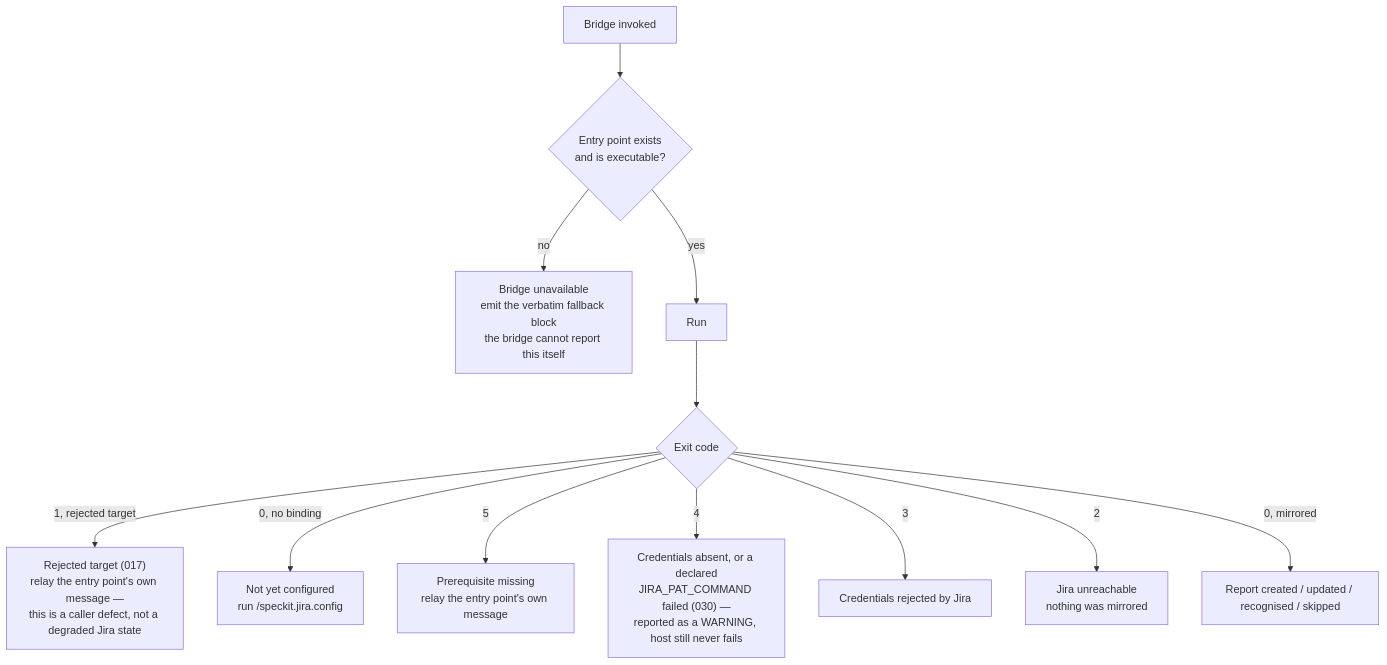
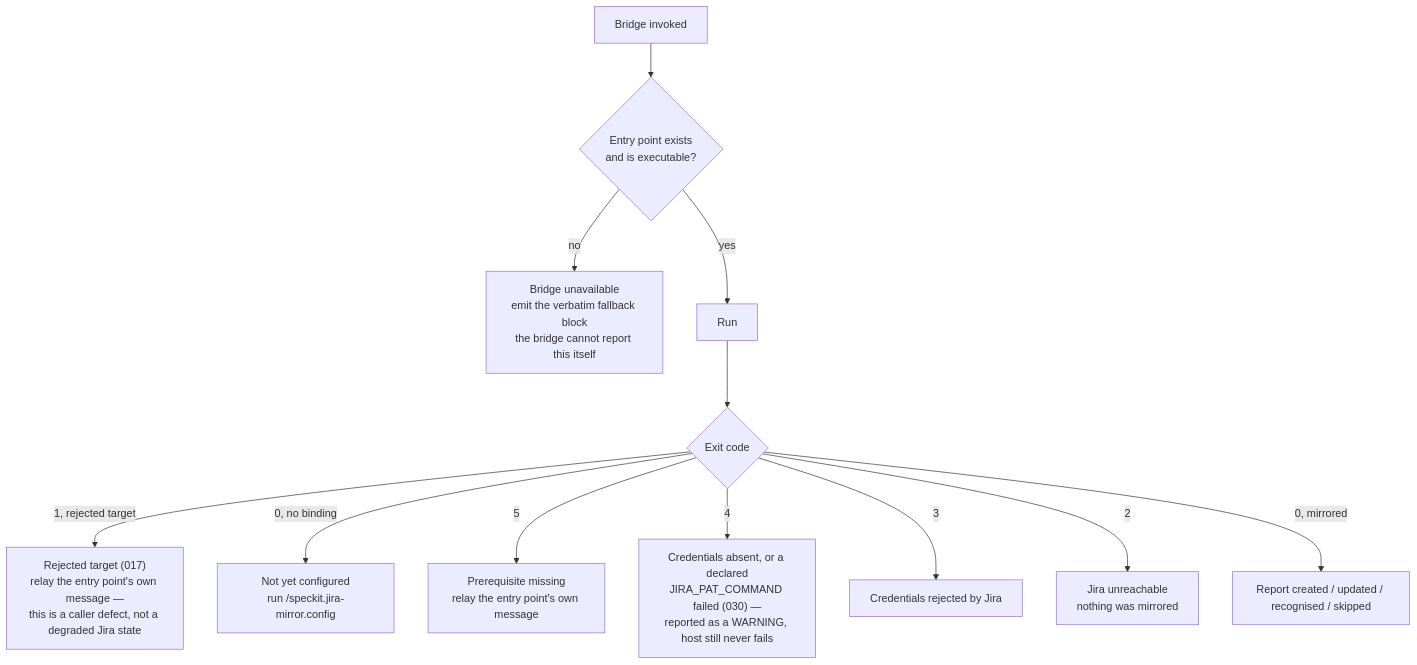
One commit to Fyloss/spec-kit-jira changed the fourth of 5 diagrams in docs/03-lifecycle-hooks.md. Above: the diagram before and after it, drawn with Mermaid. The commit also changed other lines of this file and 104 other files, not shown here.

First line of the commit message:
feat!: rename the extension id, commands, and repository to jira-mirror (#57)

````diff
--- a/docs/03-lifecycle-hooks.md
+++ b/docs/03-lifecycle-hooks.md
@@ -122,15 +122,15 @@
 ```mermaid
 flowchart TD
     Start["Bridge invoked"] --> Exists{"Entry point exists<br/>and is executable?"}
     Exists -->|"no"| Cause7["Bridge unavailable<br/>emit the verbatim fallback block<br/>the bridge cannot report this itself"]
     Exists -->|"yes"| Run["Run"]
 
     Run --> Code{"Exit code"}
     Code -->|"1, rejected target"| Cause0["Rejected target (017)<br/>relay the entry point's own message —<br/>this is a caller defect, not a degraded Jira state"]
-    Code -->|"0, no binding"| Cause1["Not yet configured<br/>run /speckit.jira.config"]
+    Code -->|"0, no binding"| Cause1["Not yet configured<br/>run /speckit.jira-mirror.config"]
     Code -->|"5"| Cause4["Prerequisite missing<br/>relay the entry point's own message"]
     Code -->|"4"| Cause2["Credentials absent, or a declared<br/>JIRA_PAT_COMMAND failed (030) —<br/>reported as a WARNING, host still never fails"]
     Code -->|"3"| Cause3["Credentials rejected by Jira"]
     Code -->|"2"| Cause5["Jira unreachable<br/>nothing was mirrored"]
     Code -->|"0, mirrored"| Ok["Report created / updated / recognised / skipped"]
 ```
````
